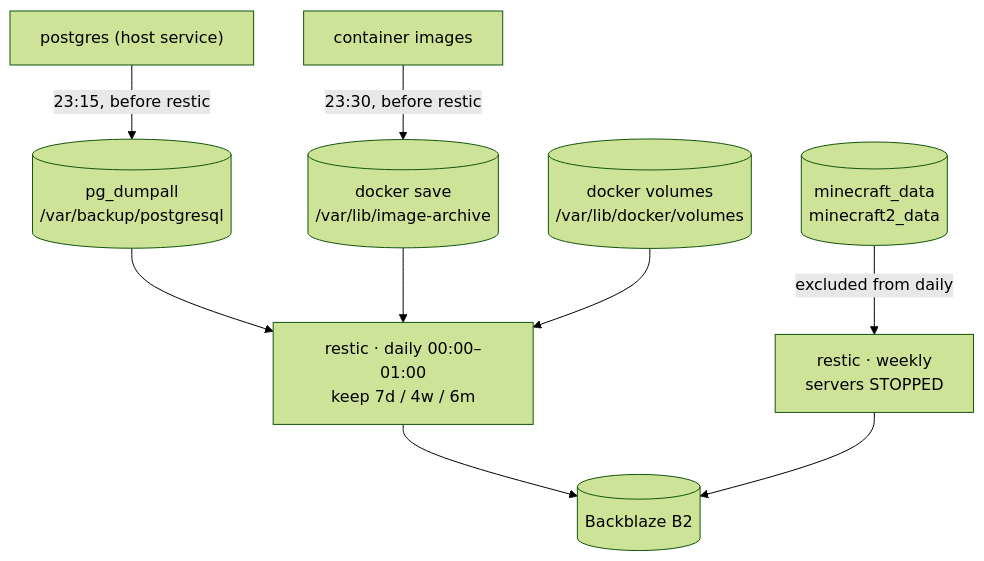
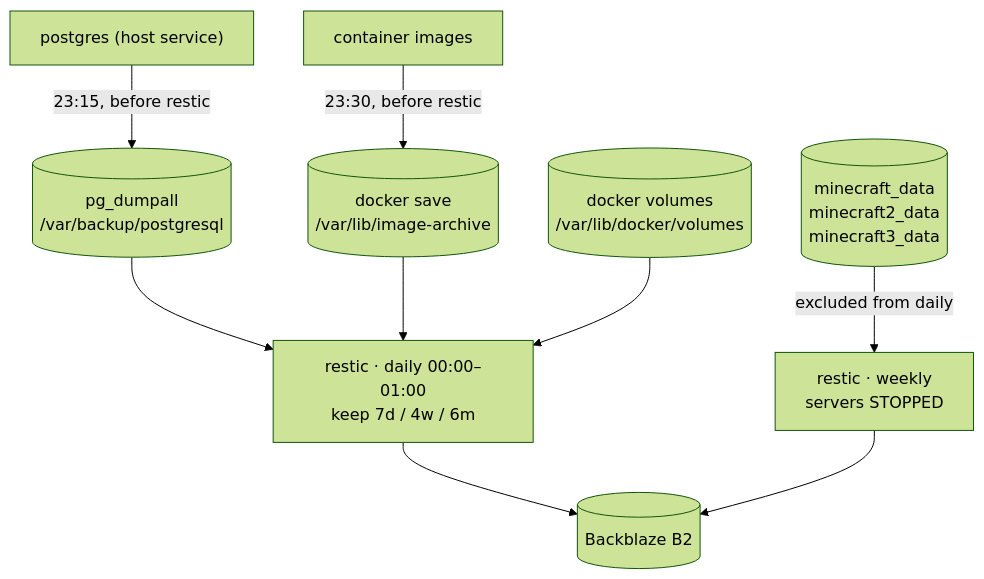
One commit to 1Git2Clone/vps changed the diagram in docs/src/architecture/data.md. Above: the diagram before and after it, drawn with Mermaid (forest theme). The commit also changed 159 other files, not shown here.

````diff
--- a/docs/src/architecture/data.md
+++ b/docs/src/architecture/data.md
@@ -3,22 +3,22 @@
 ```mermaid
 flowchart TB
     vols[("docker volumes<br/>/var/lib/docker/volumes")]
     pg["postgres (host service)"]
     reg["container images"]
     dumps[("pg_dumpall<br/>/var/backup/postgresql")]
     imgs[("docker save<br/>/var/lib/image-archive")]
-    mc[("minecraft_data<br/>minecraft2_data")]
+    mc[("minecraft_data<br/>minecraft2_data<br/>minecraft3_data")]
 
     daily["restic · daily 00:00–01:00<br/>keep 7d / 4w / 6m"]
     weekly["restic · weekly<br/>servers STOPPED"]
     b2[("Backblaze B2")]
 
     pg -- "23:15, before restic" --> dumps
     reg -- "23:30, before restic" --> imgs
     dumps --> daily
     imgs --> daily
     vols --> daily
     mc -- "excluded from daily" --> weekly
     daily --> b2
     weekly --> b2
 ```
````
